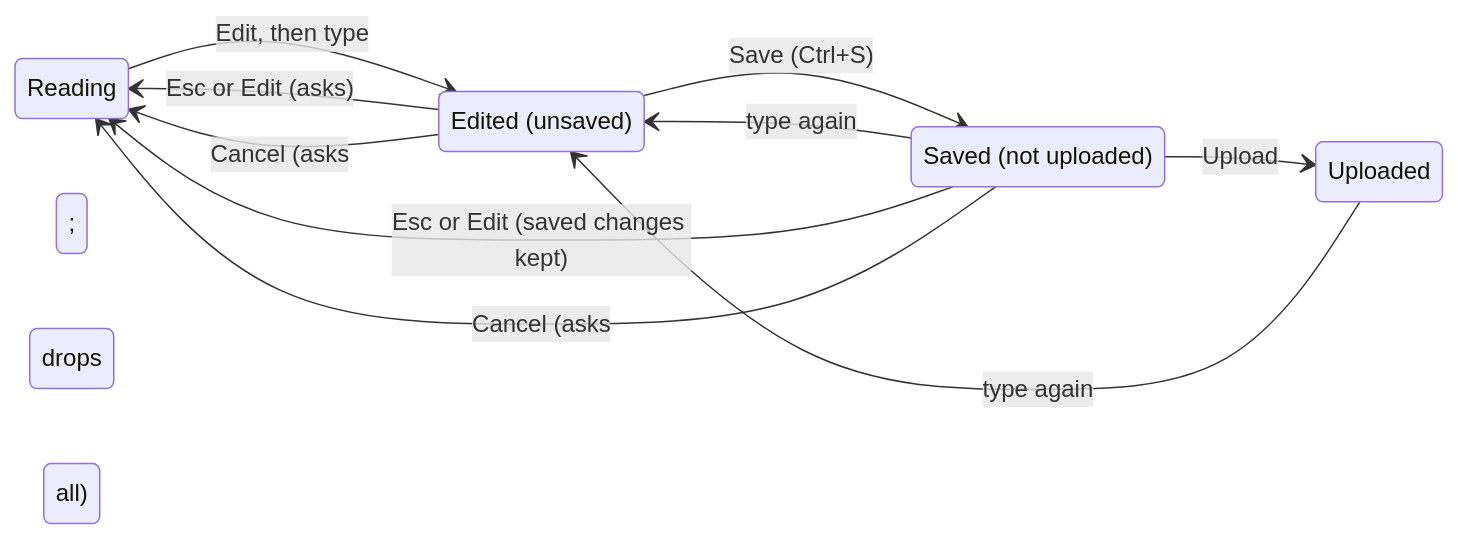
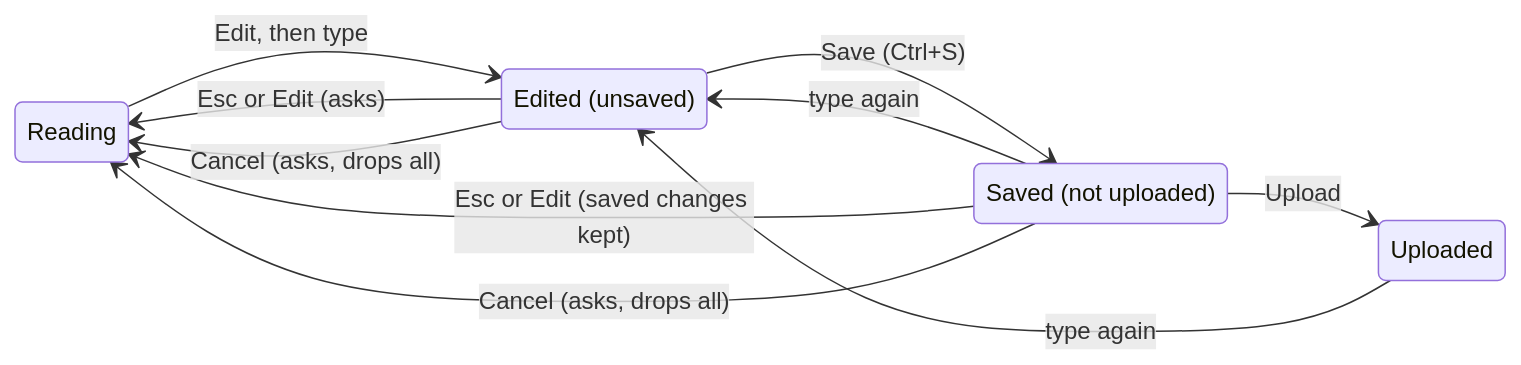
The diagram in demos/editing.md (raj-open/sharepoint-previewer), drawn with Mermaid before and after one commit. The commit also changed 2 other files, not shown here.

Commit message:
dev-demos-more > staging: sequence diagram of the communication (NOTES §3)
- userscript, Tampermonkey, Sharepoint page and server, localStorage, check worker, ifc-lite
- demos landing page links it; editing diagram without semicolons (Mermaid)

Maintainer: raj-open <raj-open@users.noreply.github.com>

````diff
--- a/demos/editing.md
+++ b/demos/editing.md
@@ -11,17 +11,17 @@
 ```mermaid
 stateDiagram-v2
     direction LR
     reading: Reading
     edited: Edited (unsaved)
     saved: Saved (not uploaded)
     uploaded: Uploaded
     reading --> edited: Edit, then type
     edited --> saved: Save (Ctrl+S)
     saved --> edited: type again
     saved --> uploaded: Upload
     uploaded --> edited: type again
     edited --> reading: Esc or Edit (asks)
     saved --> reading: Esc or Edit (saved changes kept)
-    edited --> reading: Cancel (asks; drops all)
-    saved --> reading: Cancel (asks; drops all)
+    edited --> reading: Cancel (asks, drops all)
+    saved --> reading: Cancel (asks, drops all)
 ```
````
